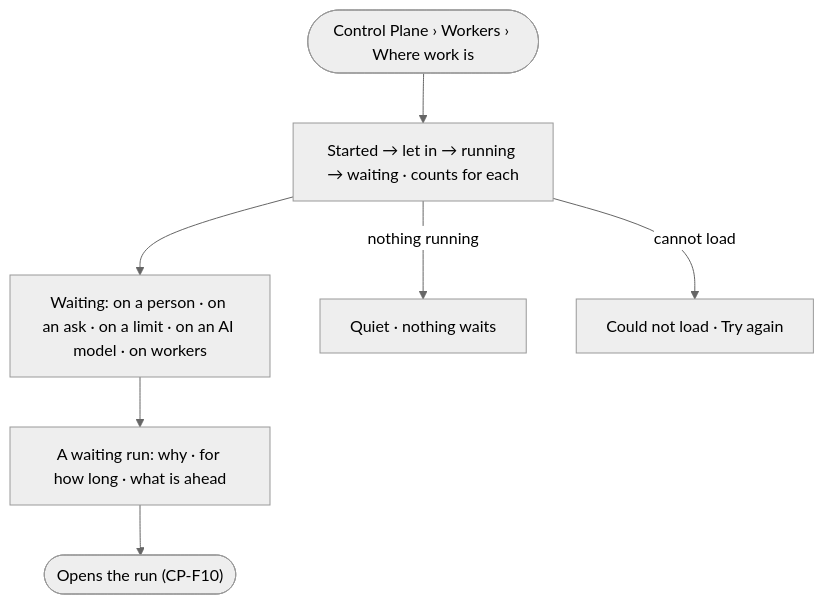
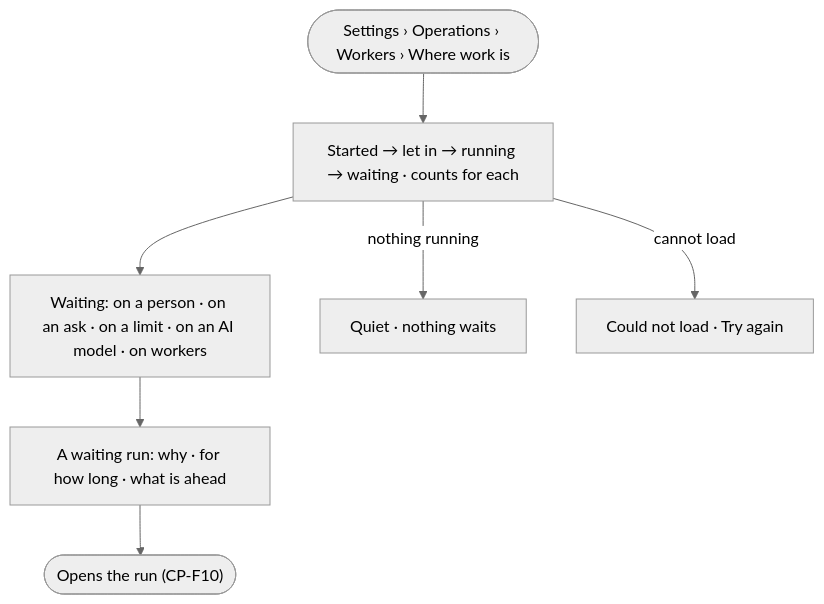
The diagram in specs/os/control/features/CP-F03-workers-and-the-queue/stories/CP-05-see-where-work-is-and-why-it-waits/story.md (invana/invana), drawn with Mermaid (neutral theme) before and after one commit. The commit also changed 106 other files, not shown here.

````diff
--- a/specs/os/control/features/CP-F03-workers-and-the-queue/stories/CP-05-see-where-work-is-and-why-it-waits/story.md
+++ b/specs/os/control/features/CP-F03-workers-and-the-queue/stories/CP-05-see-where-work-is-and-why-it-waits/story.md
@@ -26,9 +26,9 @@
 ```mermaid
 flowchart TD
-  s([Control Plane › Workers › Where work is]) --> f["Started → let in → running → waiting · counts for each"]
+  s([Settings › Operations › Workers › Where work is]) --> f["Started → let in → running → waiting · counts for each"]
   f --> w["Waiting: on a person · on an ask · on a limit · on an AI model · on workers"]
   w --> one["A waiting run: why · for how long · what is ahead"]
   one --> run(["Opens the run (CP-F10)"])
   f -->|nothing running| q["Quiet · nothing waits"]
   f -->|cannot load| e["Could not load · Try again"]
 ```
````
